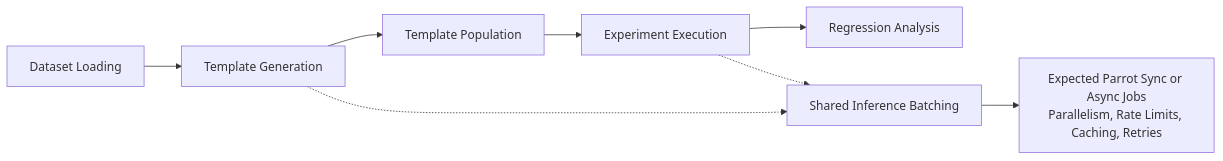
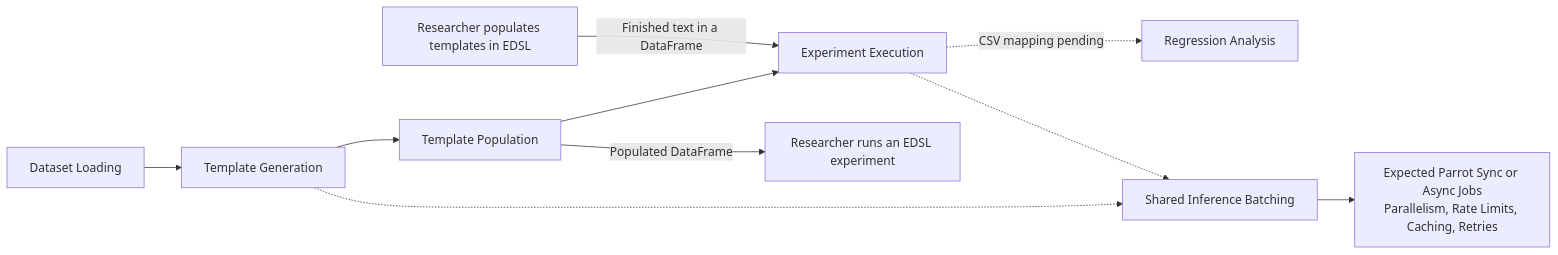
The diagram in docs/architecture/architecture_overview.mmd (KirillUtyashev/LLM_AuditKit), drawn with Mermaid before and after one commit. The commit also changed 16 other files, not shown here.

First line of the commit message:
Show how to use populated resumes in an experiment (#12)

```diff
--- a/docs/architecture/architecture_overview.mmd
+++ b/docs/architecture/architecture_overview.mmd
@@ -1,12 +1,14 @@
 ---
 config:
   theme: mc
 ---
 flowchart LR
     A[Dataset Loading] --> B[Template Generation]
     B --> C[Template Population]
     C --> D[Experiment Execution]
-    D --> E[Regression Analysis]
+    P["Researcher populates templates in EDSL"] -->|Finished text in a DataFrame| D
+    C -->|Populated DataFrame| R["Researcher runs an EDSL experiment"]
+    D -.->|CSV mapping pending| E[Regression Analysis]
     B -.-> I[Shared Inference Batching]
     D -.-> I
     I --> F[Expected Parrot Sync or Async Jobs<br/>Parallelism, Rate Limits, Caching, Retries]
```
